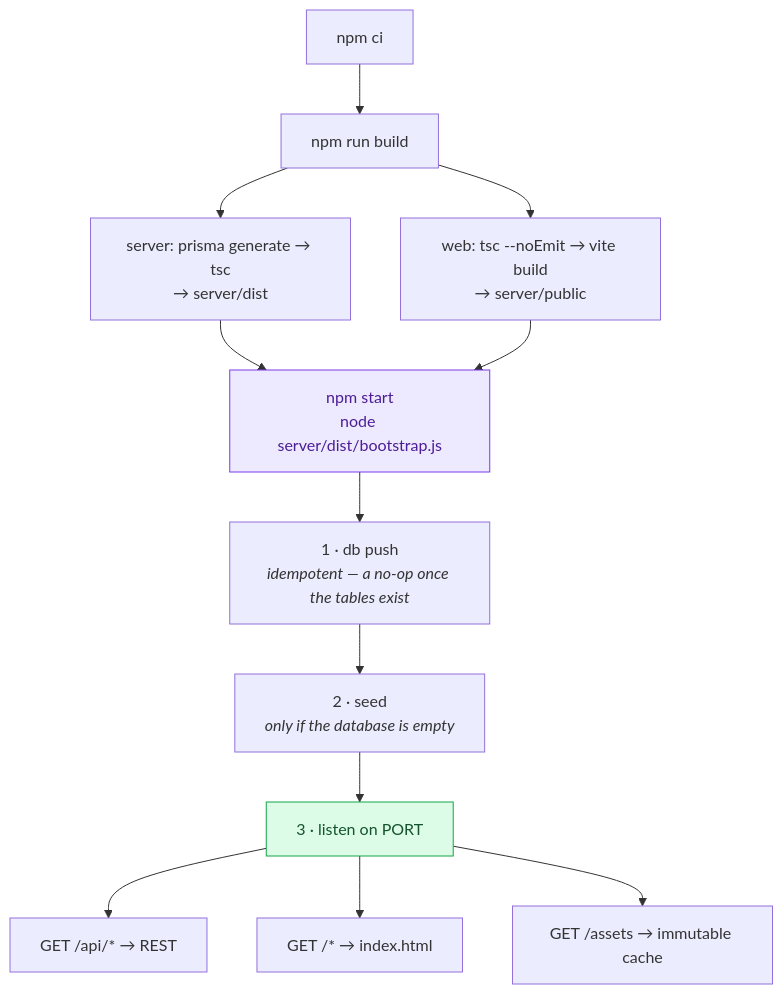
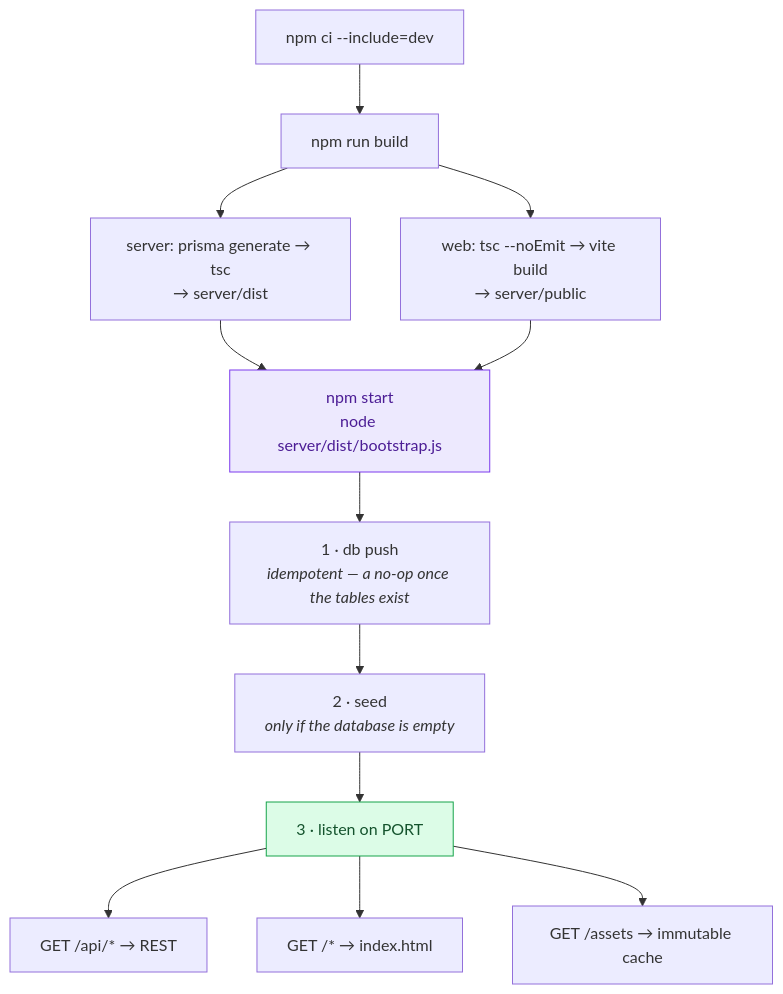
The diagram in docs/DEPLOYMENT.md (Shanmuk4622/Unthinkable-LastMile-Delivery-Track-assignment), drawn with Mermaid before and after one commit. The commit also changed other lines of this file and 2 other files, not shown here.

Commit message:
fix(deploy): install build tooling on Render

````diff
--- a/docs/DEPLOYMENT.md
+++ b/docs/DEPLOYMENT.md
@@ -25,18 +25,18 @@
 ```mermaid
 flowchart TD
-    A["npm ci"] --> B["npm run build"]
+    A["npm ci --include=dev"] --> B["npm run build"]
     B --> C["server: prisma generate → tsc<br/>→ server/dist"]
     B --> D["web: tsc --noEmit → vite build<br/>→ server/public"]
     C & D --> E["npm start<br/>node server/dist/bootstrap.js"]
 
     E --> F["1 · db push<br/><i>idempotent — a no-op once the tables exist</i>"]
     F --> G["2 · seed<br/><i>only if the database is empty</i>"]
     G --> H["3 · listen on PORT"]
 
     H --> I["GET /api/*  → REST"]
     H --> J["GET /*      → index.html"]
     H --> K["GET /assets → immutable cache"]
 
     style E fill:#ede9fe,stroke:#7c3aed,color:#4c1d95
     style H fill:#dcfce7,stroke:#16a34a,color:#14532d
 ```
````
